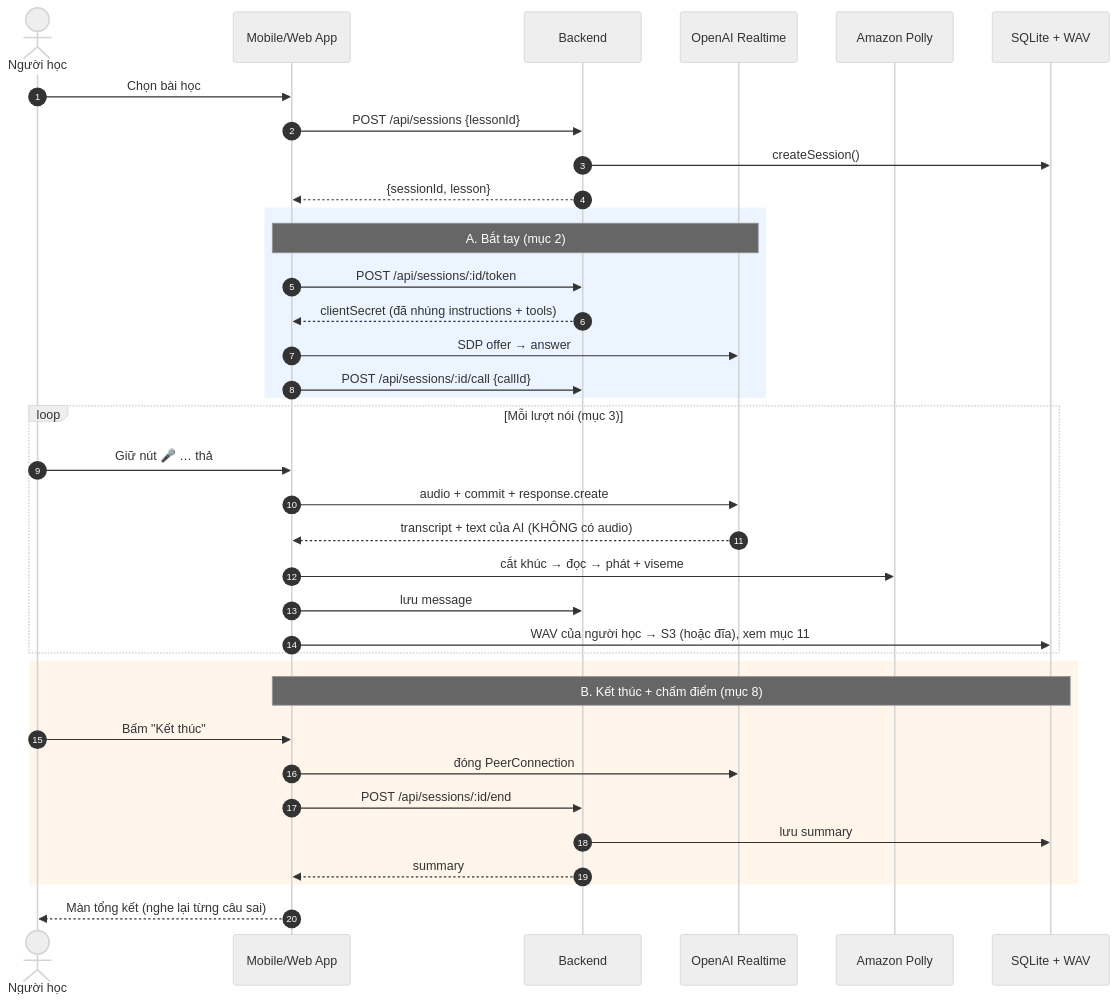
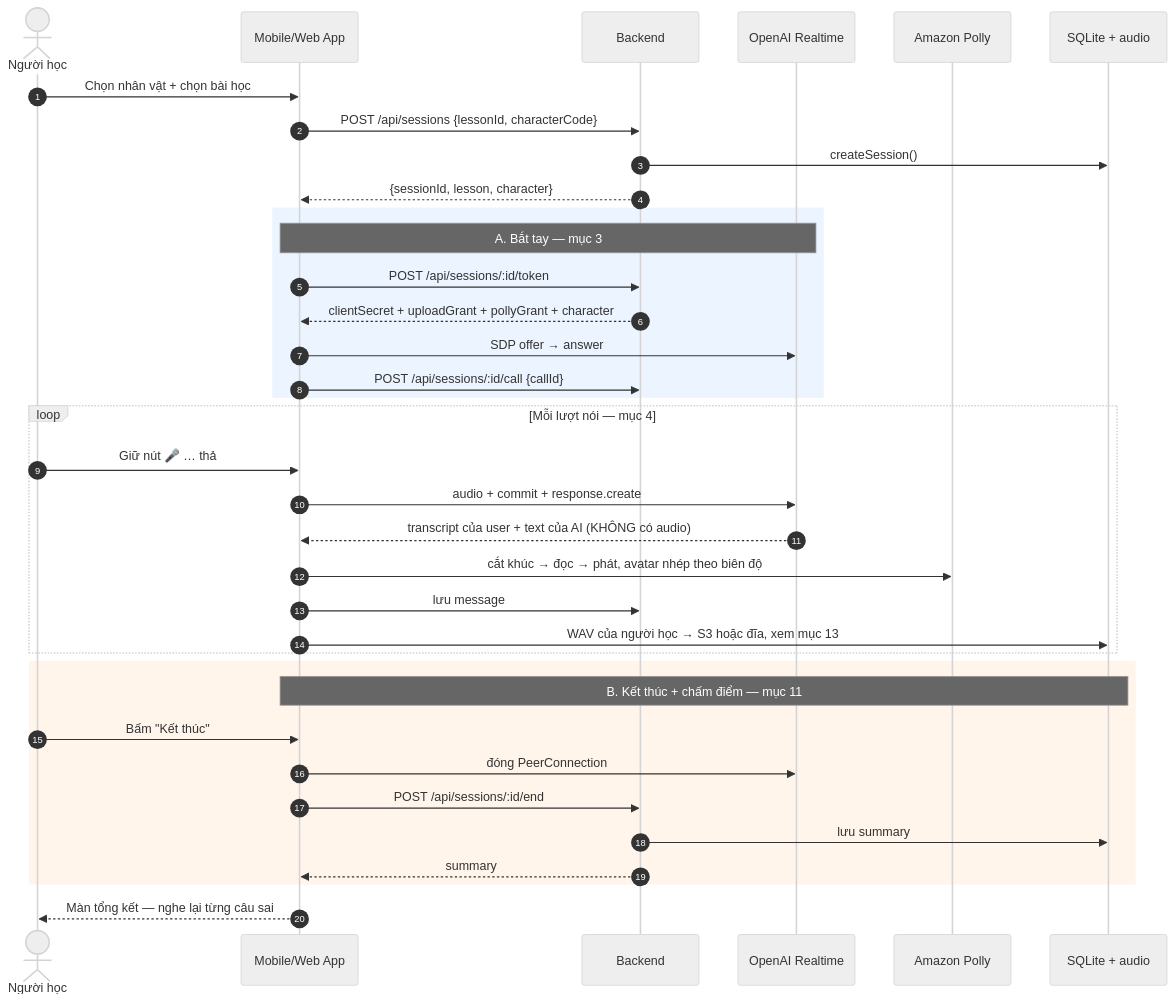
One commit to buingocthanh239/ai-talk-webrtc changed the first of 17 diagrams in docs/ai-talk-flow.md. Above: the diagram before and after it, drawn with Mermaid (neutral theme). The commit also changed other lines of this file and 3 other files, not shown here.

````diff
--- a/docs/ai-talk-flow.md
+++ b/docs/ai-talk-flow.md
@@ -48,43 +59,43 @@
 ```mermaid
 sequenceDiagram
     autonumber
     actor U as Người học
     participant App as Mobile/Web App
     participant BE as Backend
     participant OAI as OpenAI Realtime
     participant P as Amazon Polly
-    participant DB as SQLite + WAV
+    participant DB as SQLite + audio
 
-    U->>App: Chọn bài học
-    App->>BE: POST /api/sessions {lessonId}
+    U->>App: Chọn nhân vật + chọn bài học
+    App->>BE: POST /api/sessions {lessonId, characterCode}
     BE->>DB: createSession()
-    BE-->>App: {sessionId, lesson}
+    BE-->>App: {sessionId, lesson, character}
 
     rect rgb(235, 244, 255)
-        Note over App,OAI: A. Bắt tay (mục 2)
+        Note over App,OAI: A. Bắt tay — mục 3
         App->>BE: POST /api/sessions/:id/token
-        BE-->>App: clientSecret (đã nhúng instructions + tools)
+        BE-->>App: clientSecret + uploadGrant + pollyGrant + character
         App->>OAI: SDP offer → answer
         App->>BE: POST /api/sessions/:id/call {callId}
     end
 
-    loop Mỗi lượt nói (mục 3)
+    loop Mỗi lượt nói — mục 4
         U->>App: Giữ nút 🎤 … thả
         App->>OAI: audio + commit + response.create
-        OAI-->>App: transcript + text của AI (KHÔNG có audio)
-        App->>P: cắt khúc → đọc → phát + viseme
+        OAI-->>App: transcript của user + text của AI (KHÔNG có audio)
+        App->>P: cắt khúc → đọc → phát, avatar nhép theo biên độ
         App->>BE: lưu message
-        App->>DB: WAV của người học → S3 (hoặc đĩa), xem mục 11
+        App->>DB: WAV của người học → S3 hoặc đĩa, xem mục 13
     end
 
     rect rgb(255, 245, 235)
-        Note over App,DB: B. Kết thúc + chấm điểm (mục 8)
+        Note over App,DB: B. Kết thúc + chấm điểm — mục 11
         U->>App: Bấm "Kết thúc"
         App->>OAI: đóng PeerConnection
         App->>BE: POST /api/sessions/:id/end
         BE->>DB: lưu summary
         BE-->>App: summary
     end
 
-    App-->>U: Màn tổng kết (nghe lại từng câu sai)
+    App-->>U: Màn tổng kết — nghe lại từng câu sai
 ```
````
